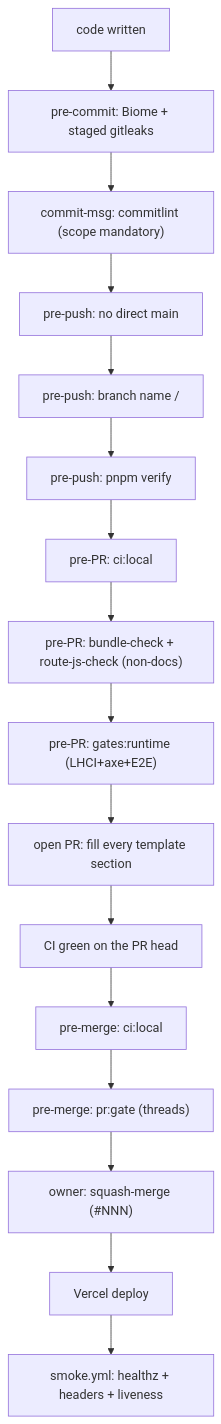
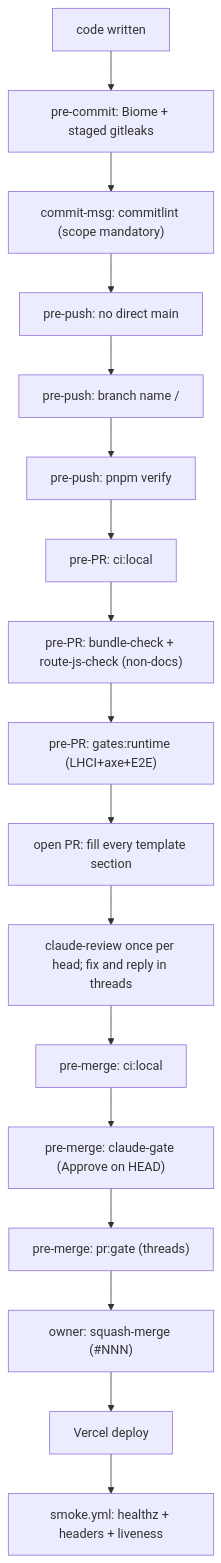
The first of 2 diagrams in docs/handbook/review-merge-release.md (erikunha/portfolio), drawn with Mermaid before and after one commit. The commit also changed other lines of this file and 2 other files, not shown here.

First line of the commit message:
docs(workflow): claude-review on every PR, other model reviews on request

````diff
--- a/docs/handbook/review-merge-release.md
+++ b/docs/handbook/review-merge-release.md
@@ -7,18 +7,19 @@
 ```mermaid
 flowchart TD
     write["code written"] --> c1["pre-commit: Biome + staged gitleaks"]
     c1 --> c2["commit-msg: commitlint (scope mandatory)"]
     c2 --> p1["pre-push: no direct main"]
     p1 --> p2["pre-push: branch name <type>/<desc>"]
     p2 --> p5["pre-push: pnpm verify"]
     p5 --> r1["pre-PR: ci:local"]
     r1 --> r2["pre-PR: bundle-check + route-js-check (non-docs)"]
     r2 --> r4["pre-PR: gates:runtime (LHCI+axe+E2E)"]
     r4 --> o1["open PR: fill every template section"]
-    o1 --> o2["CI green on the PR head"]
+    o1 --> o2["claude-review once per head; fix and reply in threads"]
     o2 --> m1["pre-merge: ci:local"]
-    m1 --> m4["pre-merge: pr:gate (threads)"]
+    m1 --> m3["pre-merge: claude-gate (Approve on HEAD)"]
+    m3 --> m4["pre-merge: pr:gate (threads)"]
     m4 --> merge["owner: squash-merge (#NNN)"]
     merge --> deploy["Vercel deploy"]
     deploy --> smoke["smoke.yml: healthz + headers + liveness"]
 ```
````
